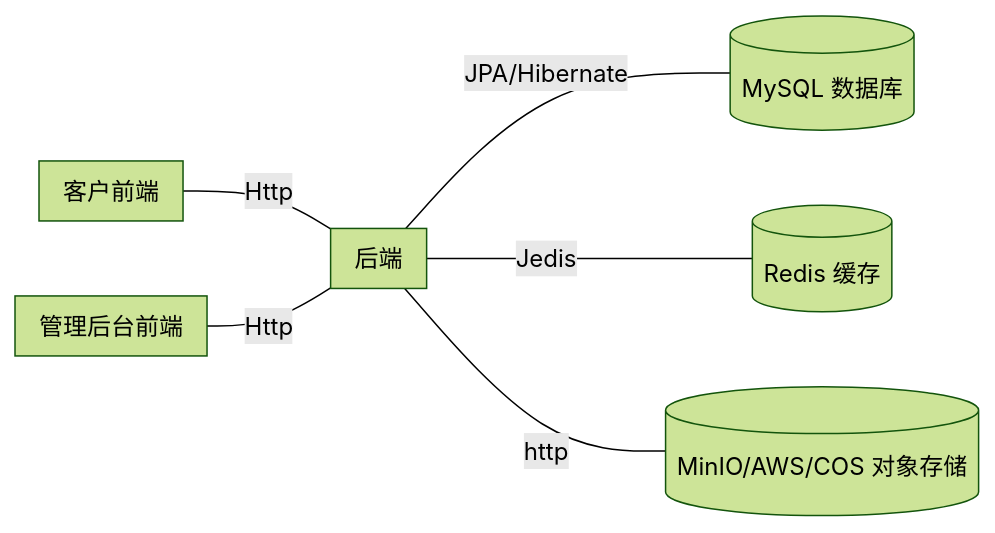
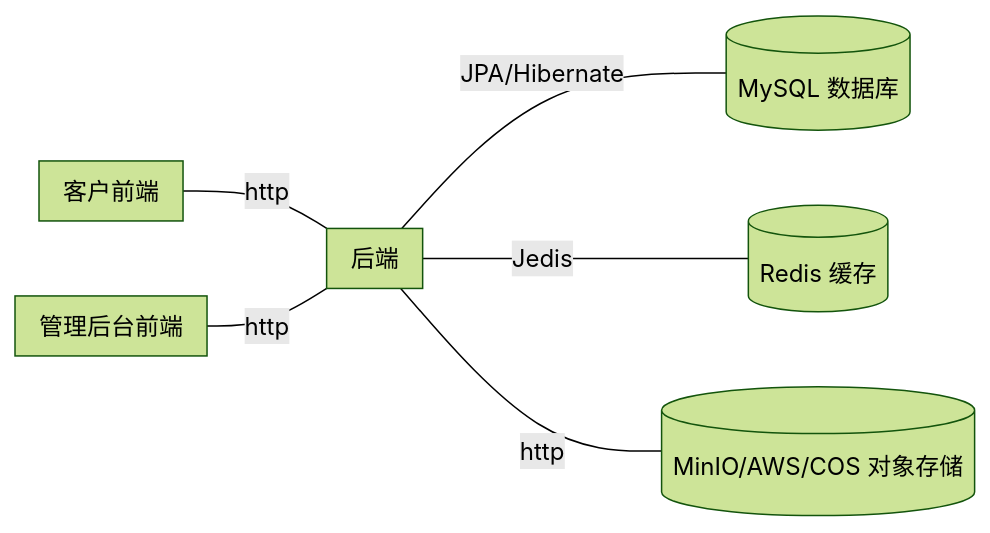
Before and after one commit to gaogao-qwq/simple_mall: the first of 3 diagrams in README.md, drawn with Mermaid (forest theme). The commit also changed other lines of this file, not shown here.

````diff
--- a/README.md
+++ b/README.md
@@ -9,19 +9,19 @@
 ```mermaid
 flowchart LR
     %% 定义节点
     subgraph customer_frontend[客户前端]
     end
     subgraph admin_frontend[管理后台前端]
     end
     subgraph backend[后端]
     end
     db[(MySQL 数据库)]
     redis[(Redis 缓存)]
     oos[(MinIO/AWS/COS 对象存储)]
     %% 连接节点
-    customer_frontend -- Http --- backend
-    admin_frontend -- Http --- backend
+    customer_frontend -- http --- backend
+    admin_frontend -- http --- backend
     backend -- JPA/Hibernate --- db
     backend -- Jedis --- redis
     backend -- http --- oos
 ```
````
